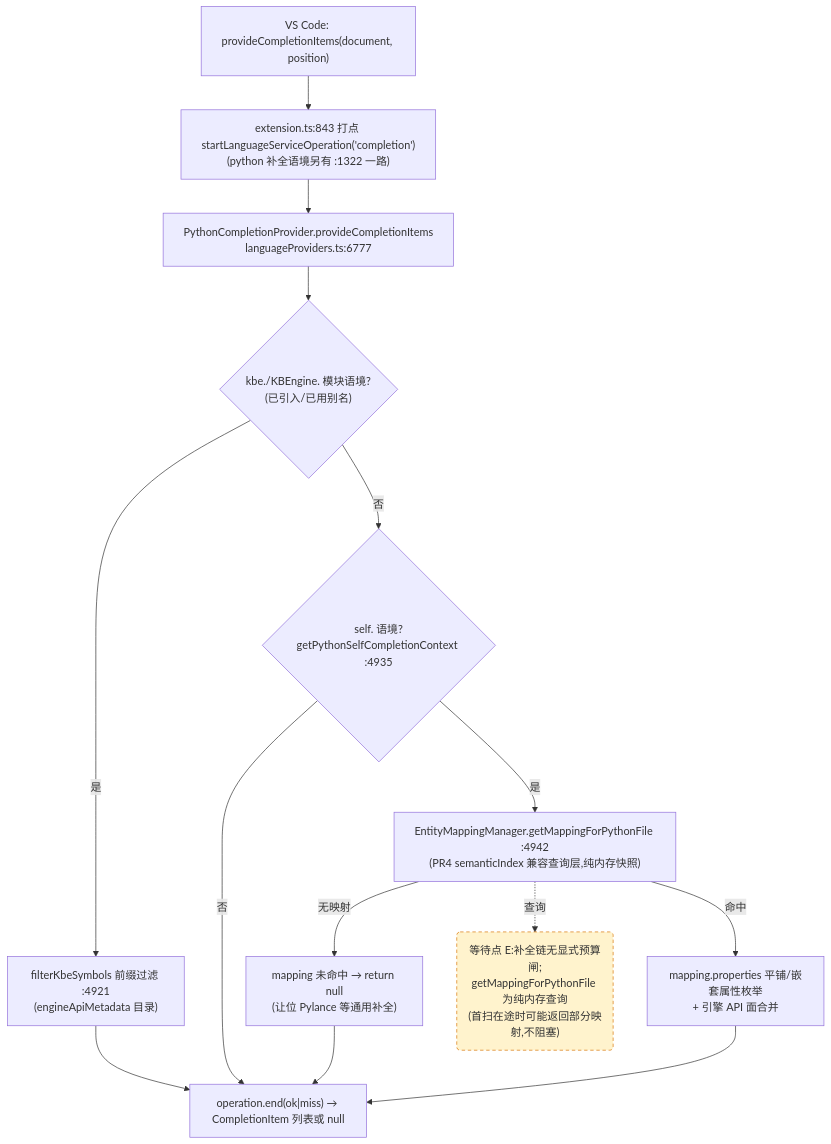
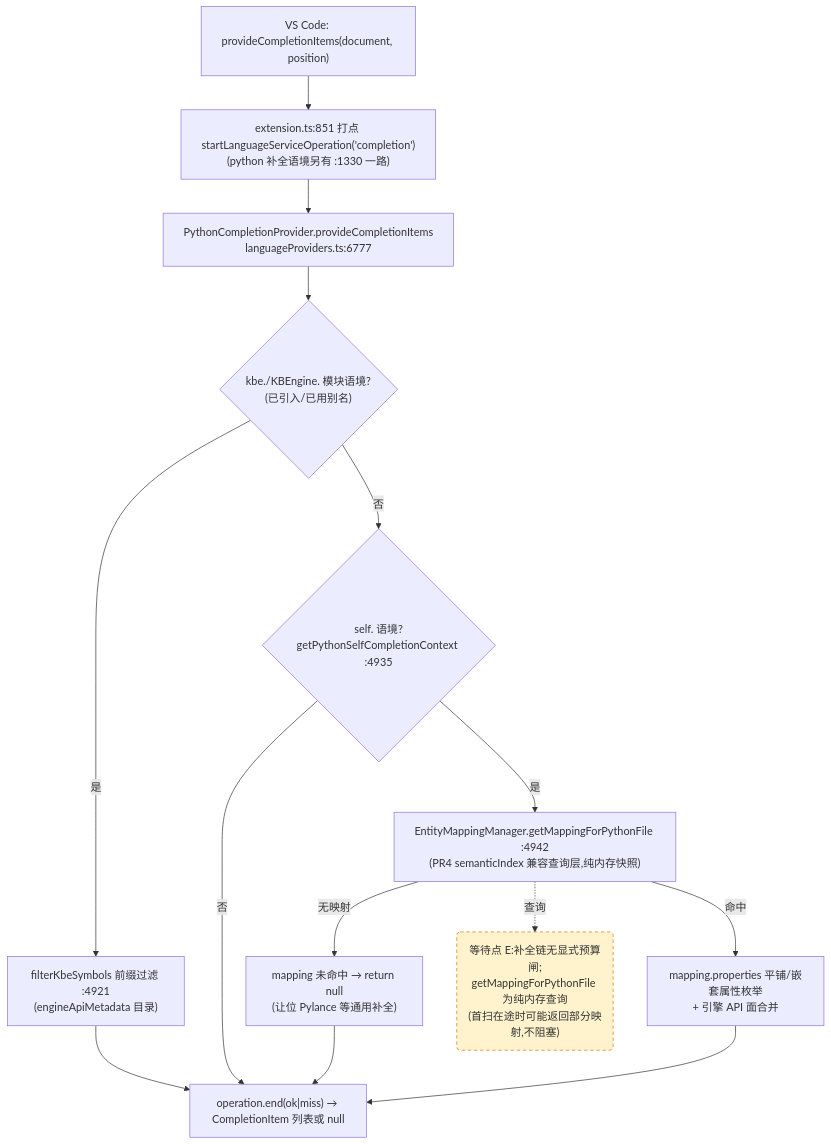
One commit to cuihairu/kode changed the third of 4 diagrams in docs/perf/2026-baseline.md. Above: the diagram before and after it, drawn with Mermaid. The commit also changed other lines of this file and 12 other files, not shown here.

````diff
--- a/docs/perf/2026-baseline.md
+++ b/docs/perf/2026-baseline.md
@@ -184,27 +184,27 @@
 ```mermaid
 flowchart TD
   VC3["VS Code: provideCompletionItems(document, position)"]
-  M3["extension.ts:843 打点 startLanguageServiceOperation('completion')<br/>(python 补全语境另有 :1322 一路)"]
+  M3["extension.ts:851 打点 startLanguageServiceOperation('completion')<br/>(python 补全语境另有 :1330 一路)"]
   CP["PythonCompletionProvider.provideCompletionItems<br/>languageProviders.ts:6777"]
   KBEC{"kbe./KBEngine. 模块语境?<br/>(已引入/已用别名)"}
   FILTER["filterKbeSymbols 前缀过滤 :4921<br/>(engineApiMetadata 目录)"]
   SELFC{"self. 语境?<br/>getPythonSelfCompletionContext :4935"}
   MAP["EntityMappingManager.getMappingForPythonFile :4942<br/>(PR4 semanticIndex 兼容查询层,纯内存快照)"]
   NOMAP["mapping 未命中 → return null<br/>(让位 Pylance 等通用补全)"]
   PROPS["mapping.properties 平铺/嵌套属性枚举<br/>+ 引擎 API 面合并"]
   END3["operation.end(ok|miss) → CompletionItem 列表或 null"]
 
   VC3 --> M3 --> CP --> KBEC
   KBEC -- "是" --> FILTER --> END3
   KBEC -- "否" --> SELFC
   SELFC -- "否" --> END3
   SELFC -- "是" --> MAP
   MAP -- "无映射" --> NOMAP --> END3
   MAP -- "命中" --> PROPS --> END3
 
   WAITE("等待点 E:补全链无显式预算闸;<br/>getMappingForPythonFile 为纯内存查询<br/>(首扫在途时可能返回部分映射,不阻塞)")
   MAP -.->|查询| WAITE
 
   classDef waitPoint fill:#fff3cd,stroke:#d97706,stroke-dasharray:5 4;
   class WAITE waitPoint;
 ```
````
